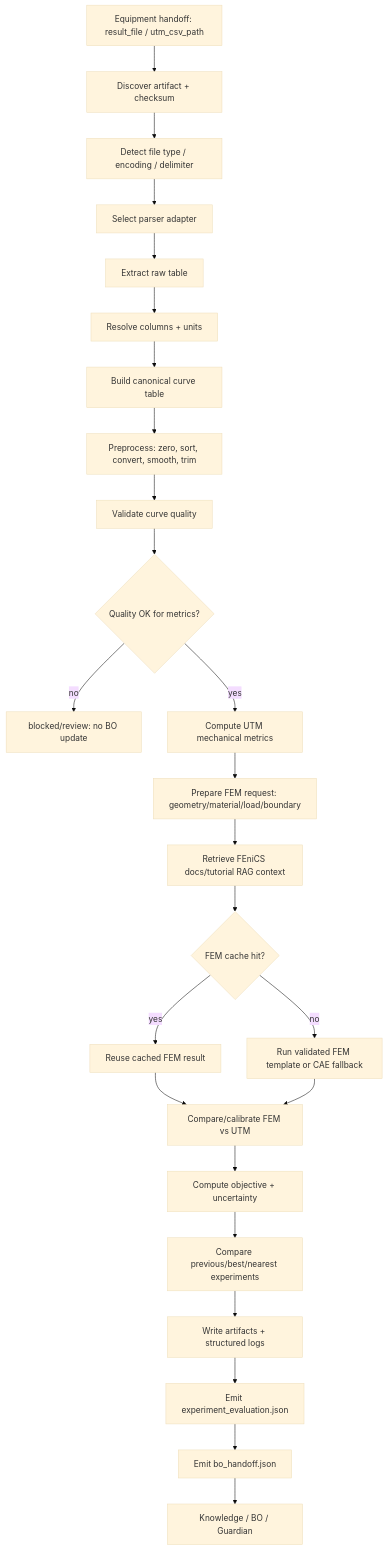
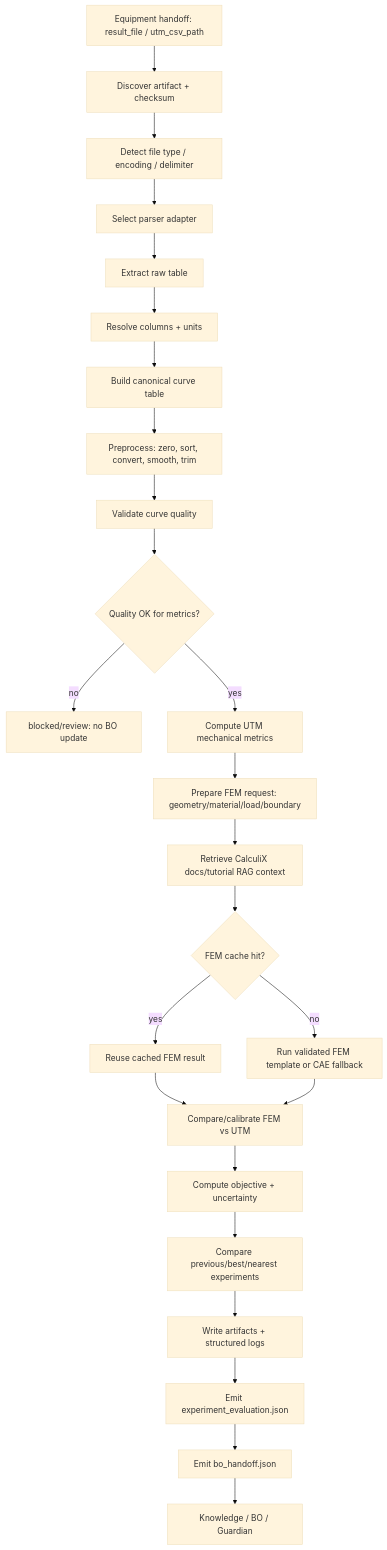
Before and after one commit to JIN9811/autonomous_researcher: the diagram in 개선안/06_analysis_agent_data_pipeline_bo_handoff_research.md, drawn with Mermaid (base theme). The commit also changed other lines of this file and 15 other files, not shown here.

````diff
--- a/개선안/06_analysis_agent_data_pipeline_bo_handoff_research.md
+++ b/개선안/06_analysis_agent_data_pipeline_bo_handoff_research.md
@@ -337,27 +330,27 @@
 ```mermaid
 flowchart TD
     A["Equipment handoff: result_file / utm_csv_path"] --> B["Discover artifact + checksum"]
     B --> C["Detect file type / encoding / delimiter"]
     C --> D["Select parser adapter"]
     D --> E["Extract raw table"]
     E --> F["Resolve columns + units"]
     F --> G["Build canonical curve table"]
     G --> H["Preprocess: zero, sort, convert, smooth, trim"]
     H --> I["Validate curve quality"]
     I --> J{"Quality OK for metrics?"}
     J -->|no| X["blocked/review: no BO update"]
     J -->|yes| K["Compute UTM mechanical metrics"]
     K --> R["Prepare FEM request: geometry/material/load/boundary"]
-    R --> S["Retrieve FEniCS docs/tutorial RAG context"]
+    R --> S["Retrieve CalculiX docs/tutorial RAG context"]
     S --> T{"FEM cache hit?"}
     T -->|yes| U["Reuse cached FEM result"]
     T -->|no| V["Run validated FEM template or CAE fallback"]
     U --> W["Compare/calibrate FEM vs UTM"]
     V --> W
     W --> L["Compute objective + uncertainty"]
     L --> M["Compare previous/best/nearest experiments"]
     M --> N["Write artifacts + structured logs"]
     N --> O["Emit experiment_evaluation.json"]
     O --> P["Emit bo_handoff.json"]
     P --> Q["Knowledge / BO / Guardian"]
 ```
````
